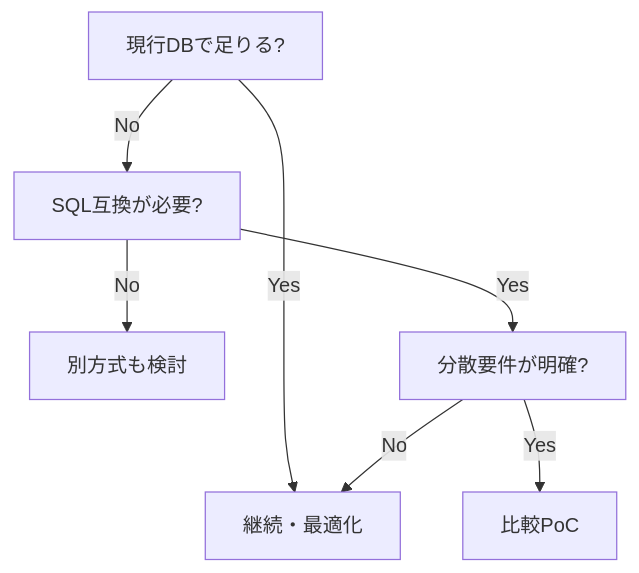
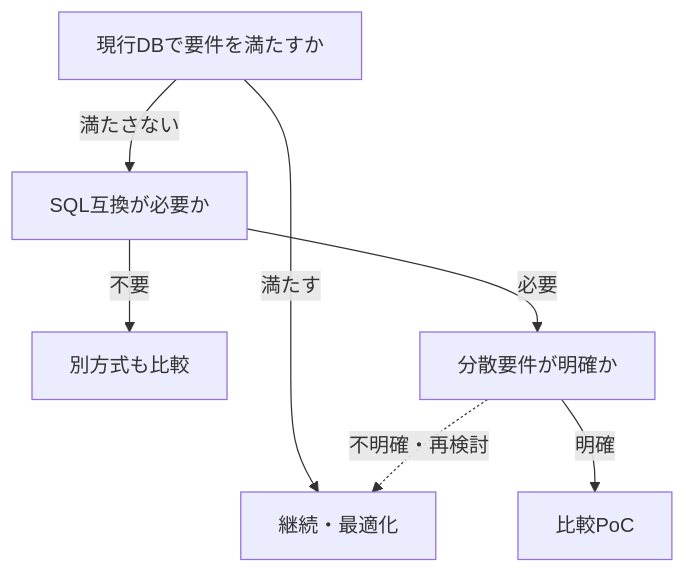
Before and after one commit to daylight55/research: the third of 3 diagrams in articles/report/newsql-yugabyte-brief/ja/index.mdx, drawn with Mermaid. The commit also changed other lines of this file and 181 other files, not shown here.

First line of the commit message:
全記事の図解368点を再生成し、共通注意書きを削除 (#402)

````diff
--- a/articles/report/newsql-yugabyte-brief/ja/index.mdx
+++ b/articles/report/newsql-yugabyte-brief/ja/index.mdx
@@ -140,9 +153,17 @@
 ```mermaid
 flowchart TD
-  Q1["現行DBで足りる?"] -->|Yes| Keep["継続・最適化"]
-  Q1 -->|No| Q2["SQL互換が必要?"]
-  Q2 -->|No| Alt["別方式も検討"]
-  Q2 -->|Yes| Q3["分散要件が明確?"]
-  Q3 -->|Yes| PoC["比較PoC"]
-  Q3 -->|No| Keep
+  accTitle: 分散DBの必要性から比較PoCへ進む
+  accDescr: 現行DBで足りるか、SQL互換と分散要件が必要かを順に確認して比較実証を決める。
+  N0["現行DBで要件を満たすか"]
+  N1["継続・最適化"]
+  N2["SQL互換が必要か"]
+  N3["別方式も比較"]
+  N4["分散要件が明確か"]
+  N5["比較PoC"]
+  N0 -->|満たす| N1
+  N0 -->|満たさない| N2
+  N2 -->|不要| N3
+  N2 -->|必要| N4
+  N4 -->|明確| N5
+  N4 -.->|不明確・再検討| N1
 ```
````
